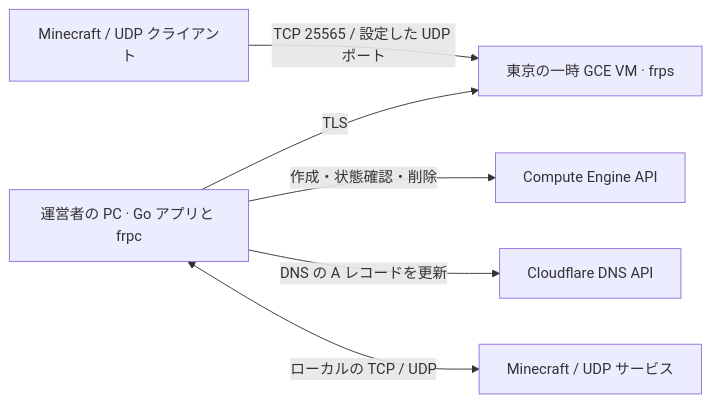
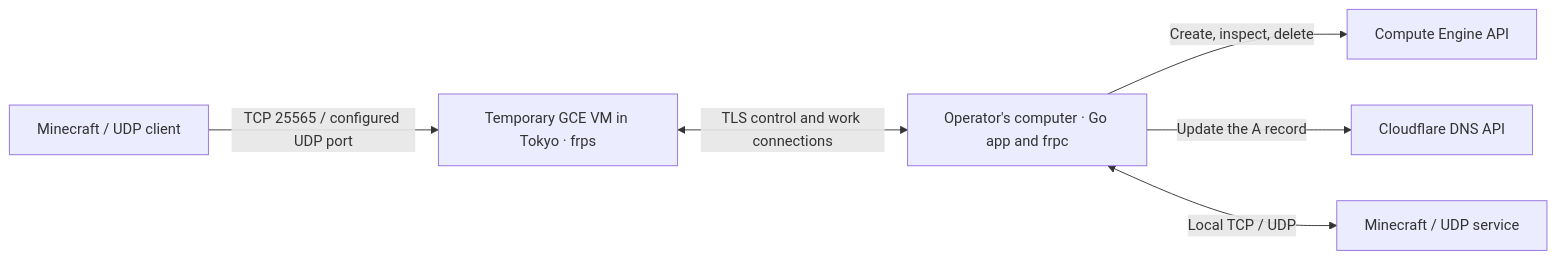
Before and after one commit to sya-ri/minecraft-proxy: the diagram in docs/design.md, drawn with Mermaid. The commit also changed other lines of this file and 1 other file, not shown here.

````diff
--- a/docs/design.md
+++ b/docs/design.md
@@ -16,8 +16,8 @@
 ```mermaid
 flowchart LR
-    Player["Minecraft / UDP クライアント"] -->|"TCP 25565 / 設定した UDP ポート"| VM["東京の一時 GCE VM · frps"]
-    Local["運営者の PC · Go アプリと frpc"] -->|"TLS"| VM
-    Local -->|"作成・状態確認・削除"| GCE["Compute Engine API"]
-    Local -->|"DNS の A レコードを更新"| DNS["Cloudflare DNS API"]
-    Local <-->|"ローカルの TCP / UDP"| Server["Minecraft / UDP サービス"]
+    Player["Minecraft / UDP client"] -->|"TCP 25565 / configured UDP port"| VM["Temporary GCE VM in Tokyo · frps"]
+    VM <-->|"TLS control and work connections"| Local["Operator's computer · Go app and frpc"]
+    Local -->|"Create, inspect, delete"| GCE["Compute Engine API"]
+    Local -->|"Update the A record"| DNS["Cloudflare DNS API"]
+    Local <-->|"Local TCP / UDP"| Server["Minecraft / UDP service"]
 ```
````
